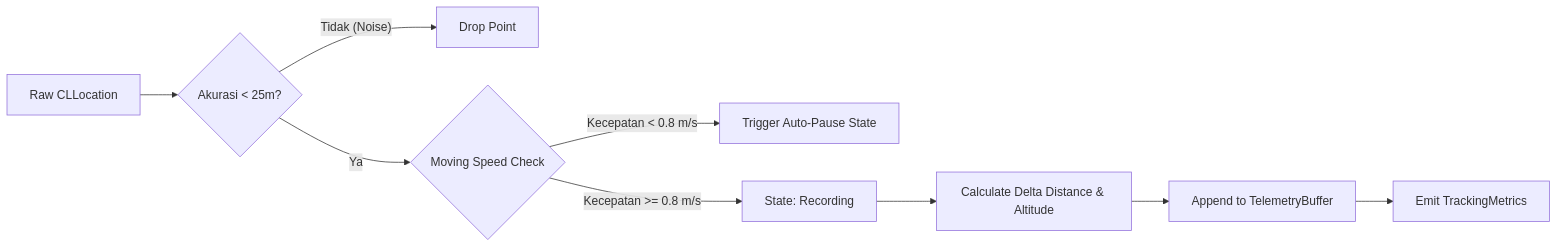
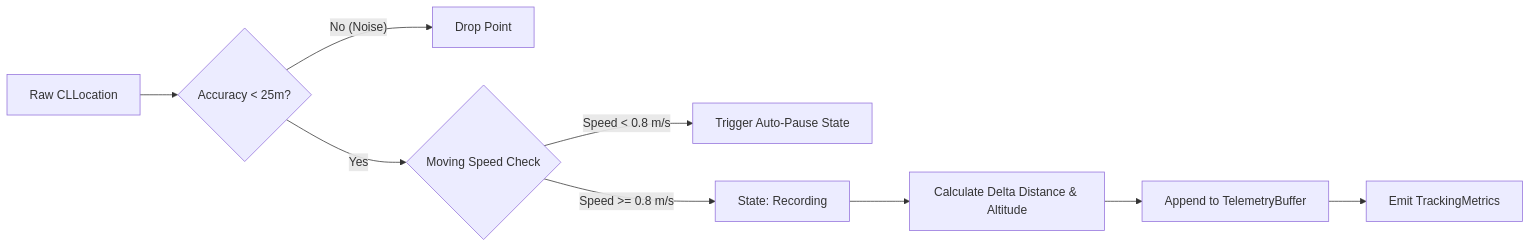
Before and after one commit to Irs622/stridesync-ios: the diagram in ARCHITECTURE.md, drawn with Mermaid. The commit also changed other lines of this file and 7 other files, not shown here.

````diff
--- a/ARCHITECTURE.md
+++ b/ARCHITECTURE.md
@@ -45,11 +45,11 @@
 ```mermaid
 flowchart LR
-    A[Raw CLLocation] --> B{Akurasi < 25m?}
-    B -- Tidak (Noise) --> X[Drop Point]
-    B -- Ya --> C{Moving Speed Check}
-    C -- Kecepatan < 0.8 m/s --> D[Trigger Auto-Pause State]
-    C -- Kecepatan >= 0.8 m/s --> E[State: Recording]
+    A[Raw CLLocation] --> B{Accuracy < 25m?}
+    B -- No (Noise) --> X[Drop Point]
+    B -- Yes --> C{Moving Speed Check}
+    C -- Speed < 0.8 m/s --> D[Trigger Auto-Pause State]
+    C -- Speed >= 0.8 m/s --> E[State: Recording]
     E --> F[Calculate Delta Distance & Altitude]
     F --> G[Append to TelemetryBuffer]
     G --> H[Emit TrackingMetrics]
 ```
````
